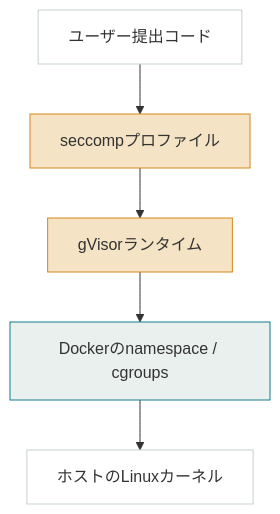
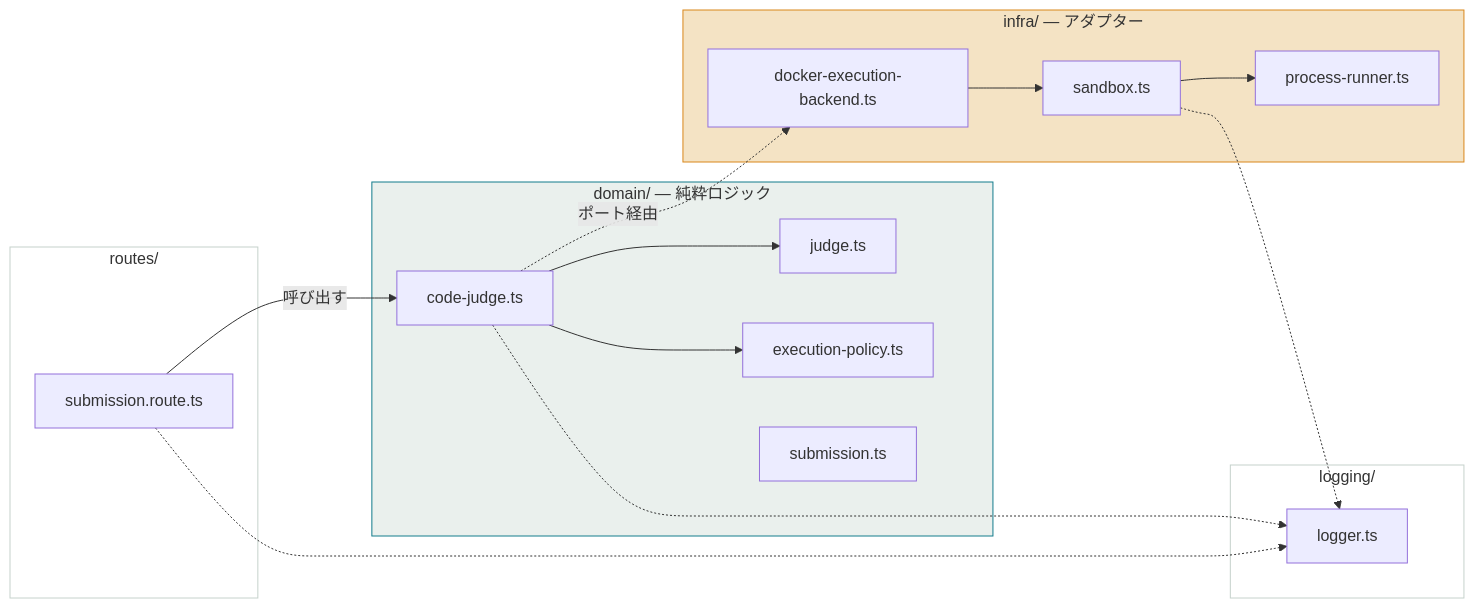
One commit to shouk12345/Web-Code-Runner changed the first of 3 diagrams in src/README.md. Above: the diagram before and after it, drawn with Mermaid. The commit also changed other lines of this file, not shown here.

````diff
--- a/src/README.md
+++ b/src/README.md
@@ -84,13 +11,35 @@
 ```mermaid
-flowchart TD
-    A[ユーザー提出コード] --> B[seccompプロファイル]
-    B --> C[gVisorランタイム]
-    C --> D[Dockerのnamespace / cgroups]
-    D --> E[ホストのLinuxカーネル]
-
-    style A fill:#fff,stroke:#C6D2CC
-    style B fill:#F4E3C4,stroke:#D9871B
-    style C fill:#F4E3C4,stroke:#D9871B
-    style D fill:#EAF0ED,stroke:#127C8C
-    style E fill:#fff,stroke:#C6D2CC
+flowchart LR
+    subgraph routes["routes/"]
+        R[submission.route.ts]
+    end
+    subgraph domain["domain/ — 純粋ロジック"]
+        CJ[code-judge.ts]
+        J[judge.ts]
+        EP[execution-policy.ts]
+        S[submission.ts]
+    end
+    subgraph infra["infra/ — アダプター"]
+        DEB[docker-execution-backend.ts]
+        SB[sandbox.ts]
+        PR[process-runner.ts]
+    end
+    subgraph logging["logging/"]
+        L[logger.ts]
+    end
+ 
+    R -->|呼び出す| CJ
+    CJ --> J
+    CJ --> EP
+    CJ -.->|ポート経由| DEB
+    DEB --> SB
+    SB --> PR
+    R -.-> L
+    CJ -.-> L
+    SB -.-> L
+ 
+    style domain fill:#EAF0ED,stroke:#127C8C
+    style infra fill:#F4E3C4,stroke:#D9871B
+    style routes fill:#fff,stroke:#C6D2CC
+    style logging fill:#fff,stroke:#C6D2CC
 ```
````
